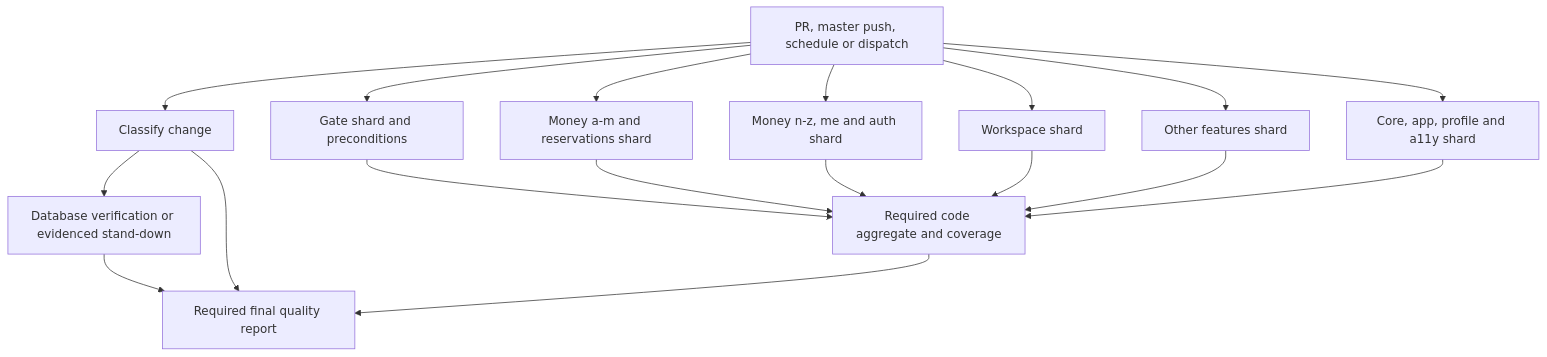
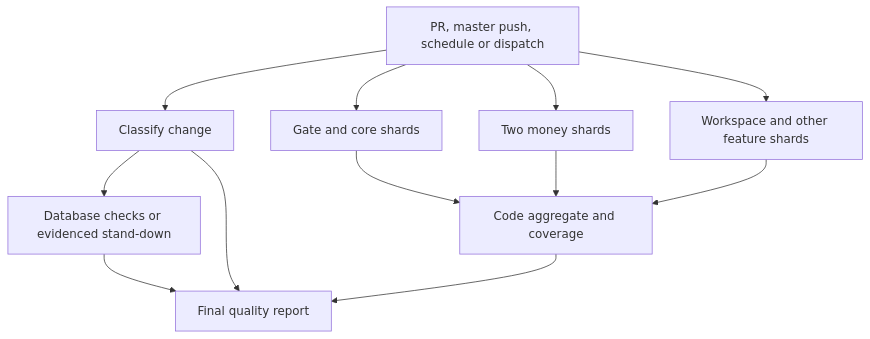
One commit to fdittgen-png/deskilo changed the diagram in docs/wiki/CI-and-Automation.md. Above: the diagram before and after it, drawn with Mermaid. The commit also changed other lines of this file and 1 other file, not shown here.

Commit message:
docs(wiki): expand delivery actor guide and clarify CI controls (Refs #3341)
Add practical role instructions aligned with TDD v2.2 and preserve current delegation. Clarify observed CI enforcement and the six test shards.

````diff
--- a/docs/wiki/CI-and-Automation.md
+++ b/docs/wiki/CI-and-Automation.md
@@ -50,20 +52,14 @@
 ```mermaid
 flowchart TD
-    E[PR, master push, schedule or dispatch] --> C[Classify change]
-    E --> G[Gate shard and preconditions]
-    E --> M[Money a-m and reservations shard]
-    E --> M2[Money n-z, me and auth shard]
-    E --> W[Workspace shard]
-    E --> R[Other features shard]
-    E --> K[Core, app, profile and a11y shard]
-    C --> D[Database verification or evidenced stand-down]
-    G --> A[Required code aggregate and coverage]
+    E["PR, master push, schedule or dispatch"] --> C["Classify change"]
+    E --> G["Gate and core shards"]
+    E --> M["Two money shards"]
+    E --> F["Workspace and other feature shards"]
+    C --> D["Database checks or evidenced stand-down"]
+    G --> A["Code aggregate and coverage"]
     M --> A
-    M2 --> A
-    W --> A
-    R --> A
-    K --> A
-    C --> Q[Required final quality report]
+    F --> A
+    C --> Q["Final quality report"]
     A --> Q
     D --> Q
 ```
````
